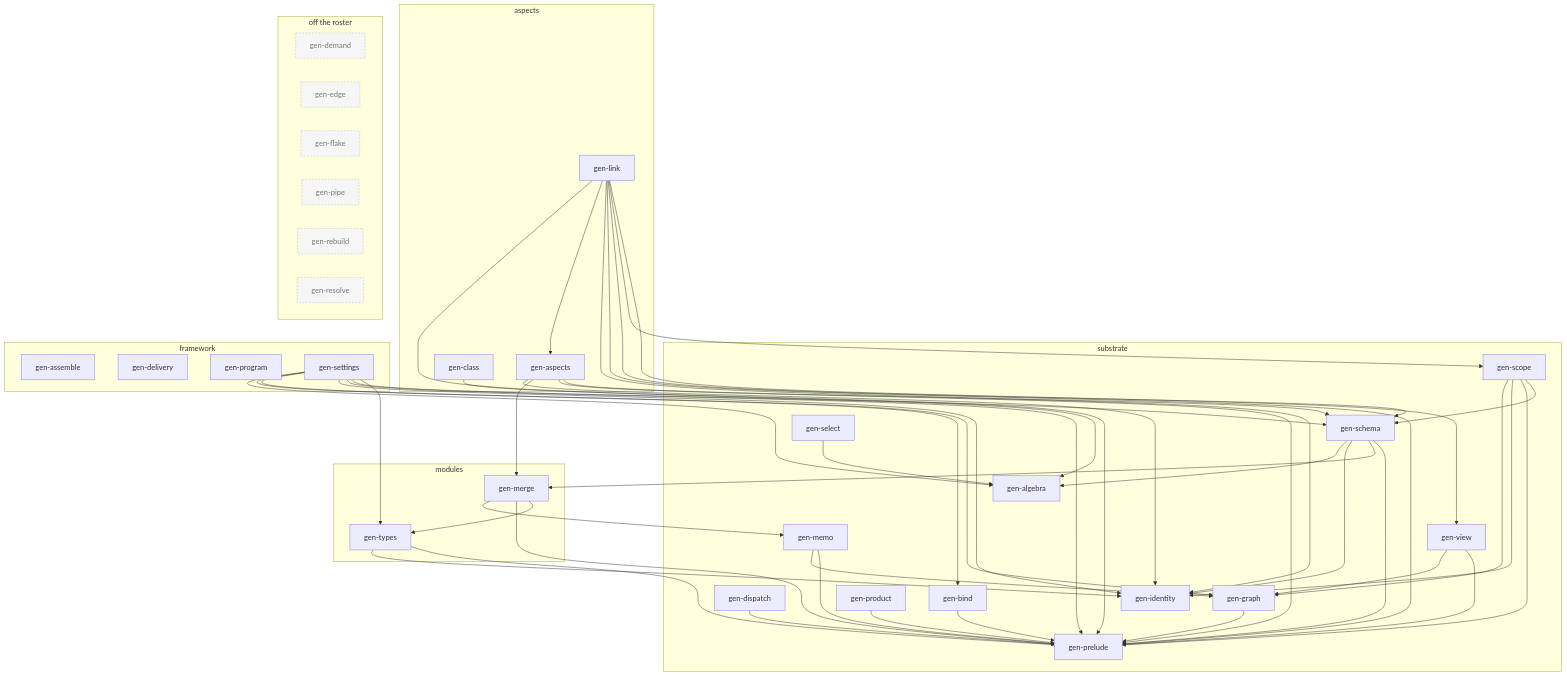
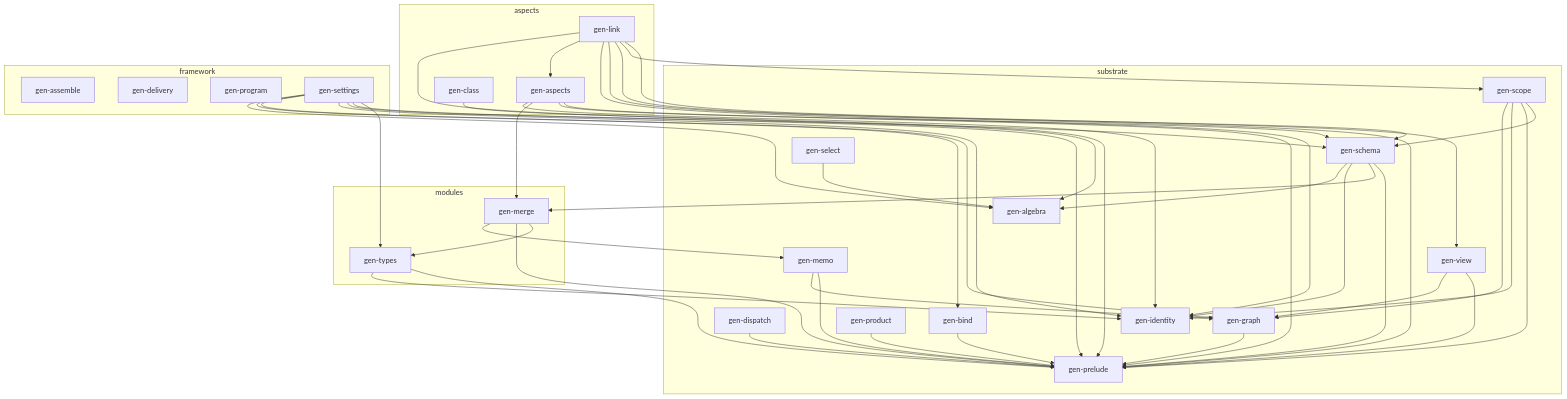
The first of 4 diagrams in ARCHITECTURE.md (sini/gen), drawn with Mermaid before and after one commit. The commit also changed other lines of this file and 1 other file, not shown here.

First line of the commit message:
remove off-roster/retired library mentions from README and ARCHITECTURE

````diff
--- a/ARCHITECTURE.md
+++ b/ARCHITECTURE.md
@@ -69,15 +69,6 @@
     gen_program["gen-program"]
     gen_settings["gen-settings"]
   end
-  subgraph off_roster["off the roster"]
-    gen_demand["gen-demand"]:::retired
-    gen_edge["gen-edge"]:::retired
-    gen_flake["gen-flake"]:::retired
-    gen_pipe["gen-pipe"]:::retired
-    gen_rebuild["gen-rebuild"]:::retired
-    gen_resolve["gen-resolve"]:::retired
-  end
-
   gen_aspects --> gen_identity
   gen_aspects --> gen_merge
   gen_aspects --> gen_prelude
@@ -119,6 +110,4 @@
   gen_types --> gen_prelude
   gen_view --> gen_graph
   gen_view --> gen_prelude
-
-  classDef retired fill:#f6f6f6,stroke:#bbb,color:#777,stroke-dasharray: 4 3
 ```
````
